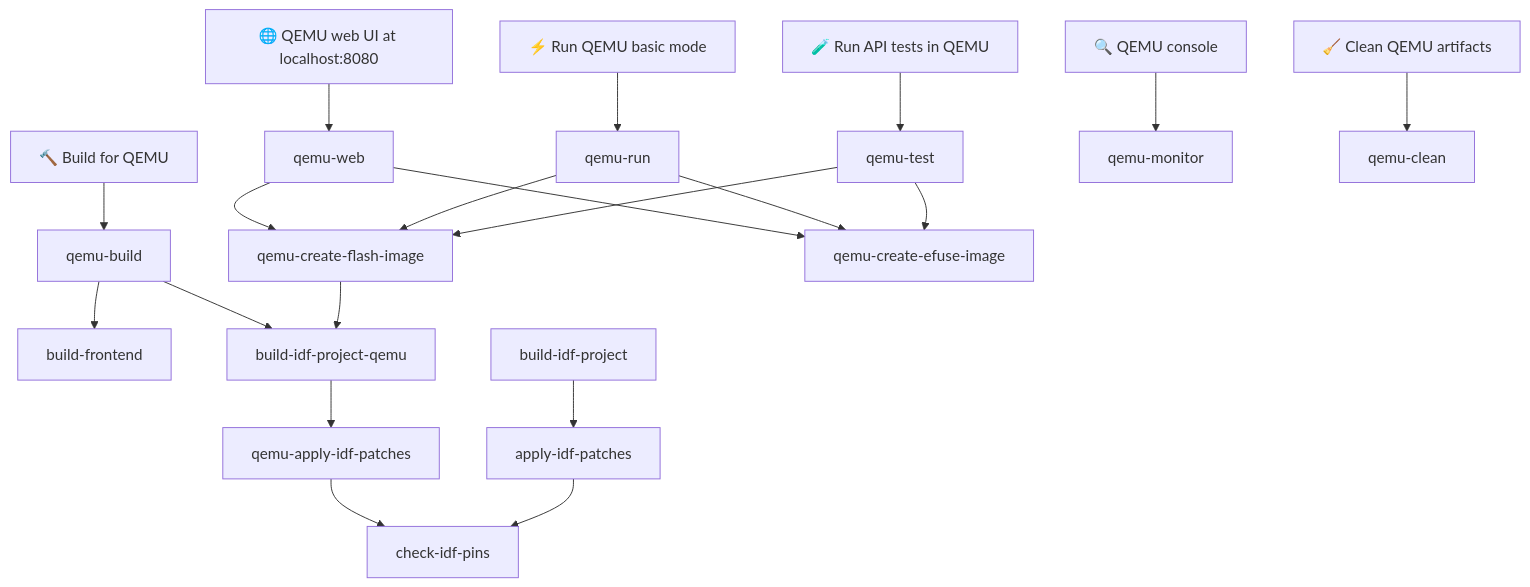
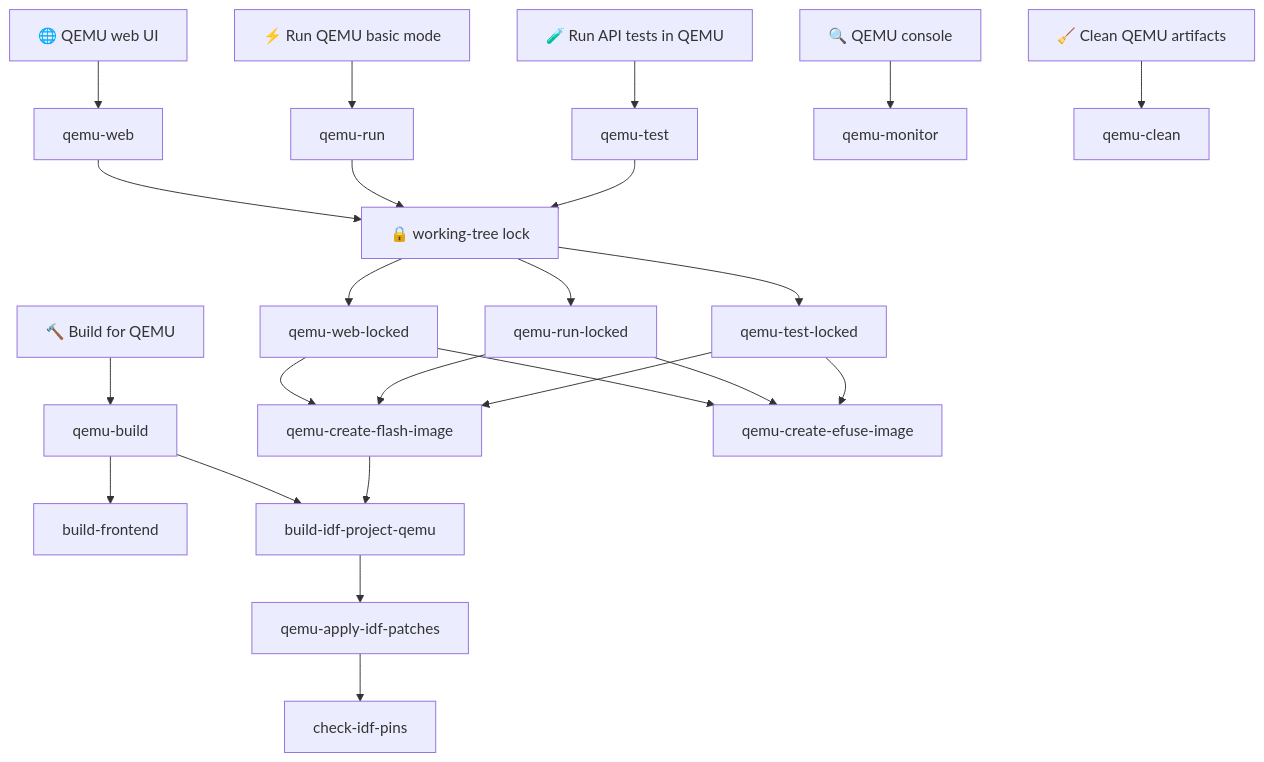
The second of 2 diagrams in README.md (wirenboard/wb-mge), drawn with Mermaid before and after one commit. The commit also changed other lines of this file and 1 other file, not shown here.

````diff
--- a/README.md
+++ b/README.md
@@ -284,24 +494,29 @@
 ```mermaid
 graph TD
     BQ["🔨 Build for QEMU"] --> qemu-build
-    W["🌐 QEMU web UI at localhost:8080"] --> qemu-web
+    W["🌐 QEMU web UI"] --> qemu-web
     T["🧪 Run API tests in QEMU"] --> qemu-test
     R["⚡ Run QEMU basic mode"] --> qemu-run
     MC["🔍 QEMU console"] --> qemu-monitor
     CQ["🧹 Clean QEMU artifacts"] --> qemu-clean
 
     qemu-build --> build-frontend
     qemu-build --> build-idf-project-qemu
 
-    qemu-web --> qemu-create-flash-image
-    qemu-web --> qemu-create-efuse-image
-    qemu-run --> qemu-create-flash-image
-    qemu-run --> qemu-create-efuse-image
-    qemu-test --> qemu-create-flash-image
-    qemu-test --> qemu-create-efuse-image
+    qemu-web --> L1["🔒 working-tree lock"]
+    qemu-run --> L1
+    qemu-test --> L1
+    L1 --> qemu-web-locked
+    L1 --> qemu-run-locked
+    L1 --> qemu-test-locked
+
+    qemu-web-locked --> qemu-create-flash-image
+    qemu-web-locked --> qemu-create-efuse-image
+    qemu-run-locked --> qemu-create-flash-image
+    qemu-run-locked --> qemu-create-efuse-image
+    qemu-test-locked --> qemu-create-flash-image
+    qemu-test-locked --> qemu-create-efuse-image
     qemu-create-flash-image --> build-idf-project-qemu
     build-idf-project-qemu --> qemu-apply-idf-patches
-    build-idf-project --> apply-idf-patches
     qemu-apply-idf-patches --> check-idf-pins
-    apply-idf-patches --> check-idf-pins
 ```
````
